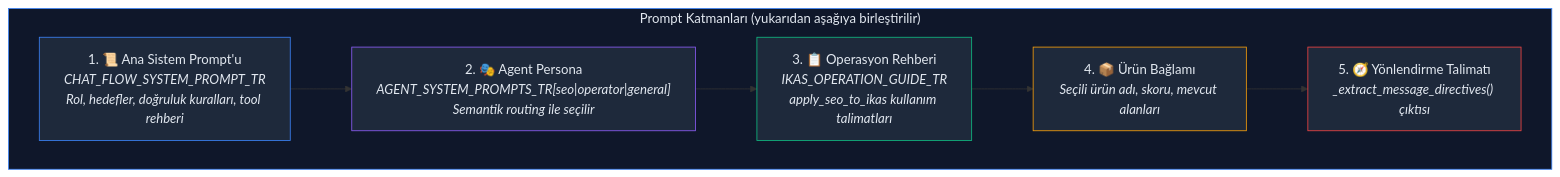
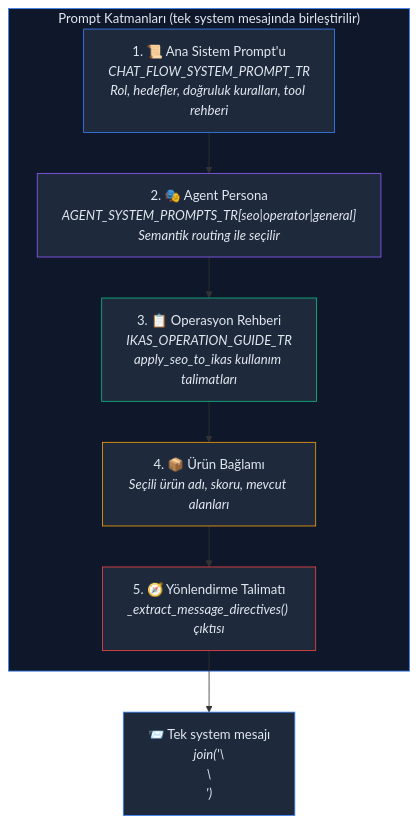
Diagram 15 of 15 in README.md (YigitKa/ikas-ai-seo-agent), drawn with Mermaid before and after one commit. The commit also changed other lines of this file and 1 other file, not shown here.

````diff
--- a/README.md
+++ b/README.md
@@ -576,19 +605,21 @@
 ```mermaid
 graph TB
-    subgraph LAYERS ["Prompt Katmanları (yukarıdan aşağıya birleştirilir)"]
+    subgraph LAYERS ["Prompt Katmanları (tek system mesajında birleştirilir)"]
         P1["1. 📜 Ana Sistem Prompt'u<br/><i>CHAT_FLOW_SYSTEM_PROMPT_TR<br/>Rol, hedefler, doğruluk kuralları, tool rehberi</i>"]
         P2["2. 🎭 Agent Persona<br/><i>AGENT_SYSTEM_PROMPTS_TR[seo|operator|general]<br/>Semantik routing ile seçilir</i>"]
         P3["3. 📋 Operasyon Rehberi<br/><i>IKAS_OPERATION_GUIDE_TR<br/>apply_seo_to_ikas kullanım talimatları</i>"]
         P4["4. 📦 Ürün Bağlamı<br/><i>Seçili ürün adı, skoru, mevcut alanları</i>"]
         P5["5. 🧭 Yönlendirme Talimatı<br/><i>_extract_message_directives() çıktısı</i>"]
     end
 
     P1 --> P2 --> P3 --> P4 --> P5
+    P5 --> MERGE["📨 Tek system mesajı<br/><i>join('\\n\\n')</i>"]
 
     style LAYERS fill:#0f172a,stroke:#3b82f6,color:#e2e8f0
     style P1 fill:#1e293b,stroke:#3b82f6,color:#e2e8f0
     style P2 fill:#1e293b,stroke:#8b5cf6,color:#e2e8f0
     style P3 fill:#1e293b,stroke:#10b981,color:#e2e8f0
     style P4 fill:#1e293b,stroke:#f59e0b,color:#e2e8f0
     style P5 fill:#1e293b,stroke:#ef4444,color:#e2e8f0
+    style MERGE fill:#1e293b,stroke:#3b82f6,color:#e2e8f0
 ```
````
